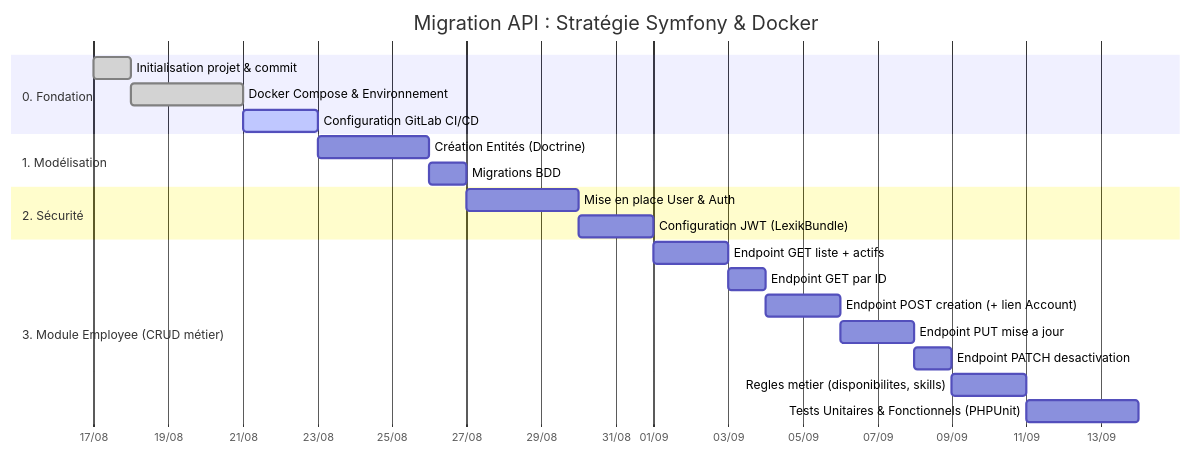
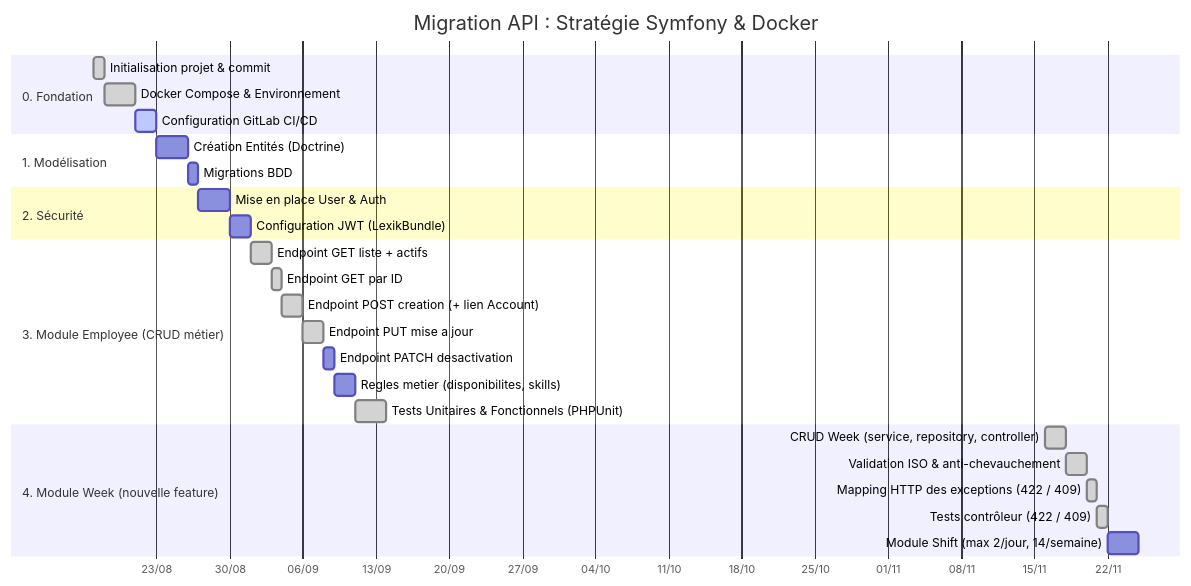
The diagram in PLANNING.md (remyHamed/gsb), drawn with Mermaid before and after one commit. The commit also changed other lines of this file, not shown here.

Commit message:
docs: employee terminé, tests contrôleur week cochés

````diff
--- a/PLANNING.md
+++ b/PLANNING.md
@@ -9,28 +9,35 @@
 ```mermaid
 gantt
     title Migration API : Stratégie Symfony & Docker
     dateFormat  YYYY-MM-DD
     axisFormat  %d/%m
 
     section 0. Fondation
     Initialisation projet & commit   :done, init, 2026-08-17, 1d
     Docker Compose & Environnement   :done, env, after init, 3d
     Configuration GitLab CI/CD       :active, ci, after env, 2d
 
     section 1. Modélisation
     Création Entités (Doctrine)      :b1, after ci, 3d
     Migrations BDD                   :b2, after b1, 1d
 
     section 2. Sécurité
     Mise en place User & Auth        :auth1, after b2, 3d
     Configuration JWT (LexikBundle)  :auth2, after auth1, 2d
 
     section 3. Module Employee (CRUD métier)
-    Endpoint GET liste + actifs       :c1, after auth2, 2d
-    Endpoint GET par ID              :c2, after c1, 1d
-    Endpoint POST creation (+ lien Account) :c3, after c2, 2d
-    Endpoint PUT mise a jour          :c4, after c3, 2d
+    Endpoint GET liste + actifs       :done, c1, after auth2, 2d
+    Endpoint GET par ID              :done, c2, after c1, 1d
+    Endpoint POST creation (+ lien Account) :done, c3, after c2, 2d
+    Endpoint PUT mise a jour          :done, c4, after c3, 2d
     Endpoint PATCH desactivation      :c5, after c4, 1d
     Regles metier (disponibilites, skills) :c6, after c5, 2d
-    Tests Unitaires & Fonctionnels (PHPUnit) :c7, after c6, 3d
+    Tests Unitaires & Fonctionnels (PHPUnit) :done, c7, after c6, 3d
+
+    section 4. Module Week (nouvelle feature)
+    CRUD Week (service, repository, controller) :done, w1, 2026-11-16, 2d
+    Validation ISO & anti-chevauchement         :done, w2, after w1, 2d
+    Mapping HTTP des exceptions (422 / 409)     :done, w3, after w2, 1d
+    Tests contrôleur (422 / 409)                :done, w4, after w3, 1d
+    Module Shift (max 2/jour, 14/semaine)       :w5, after w4, 3d
 ```
````
